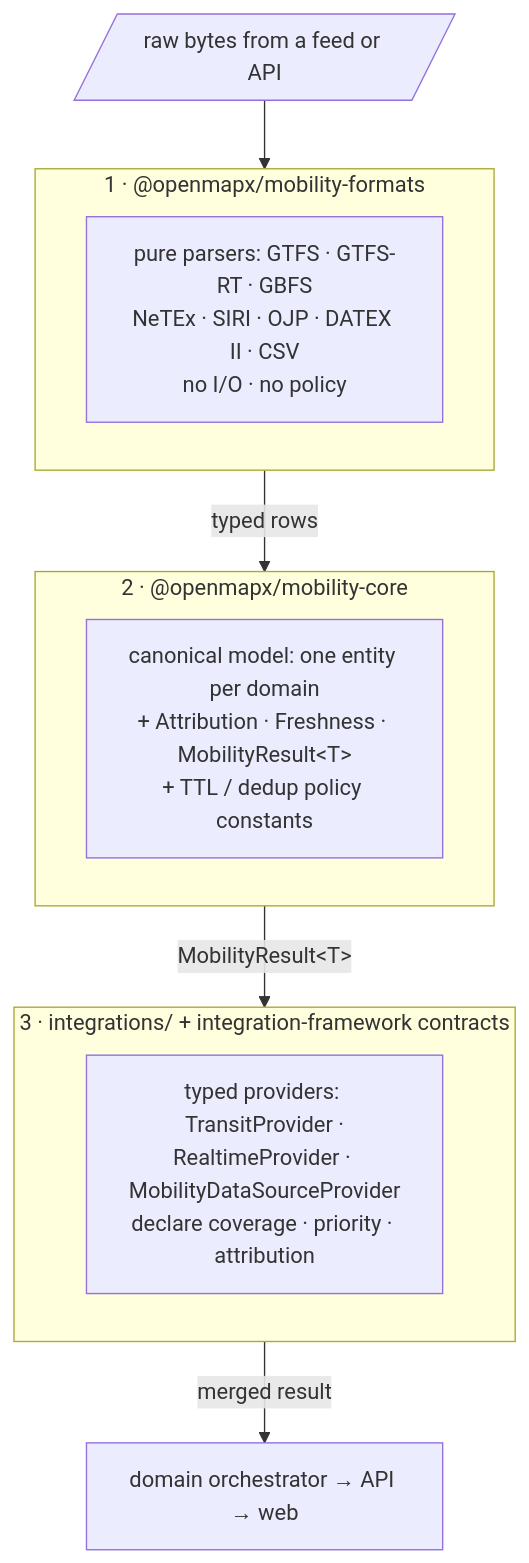
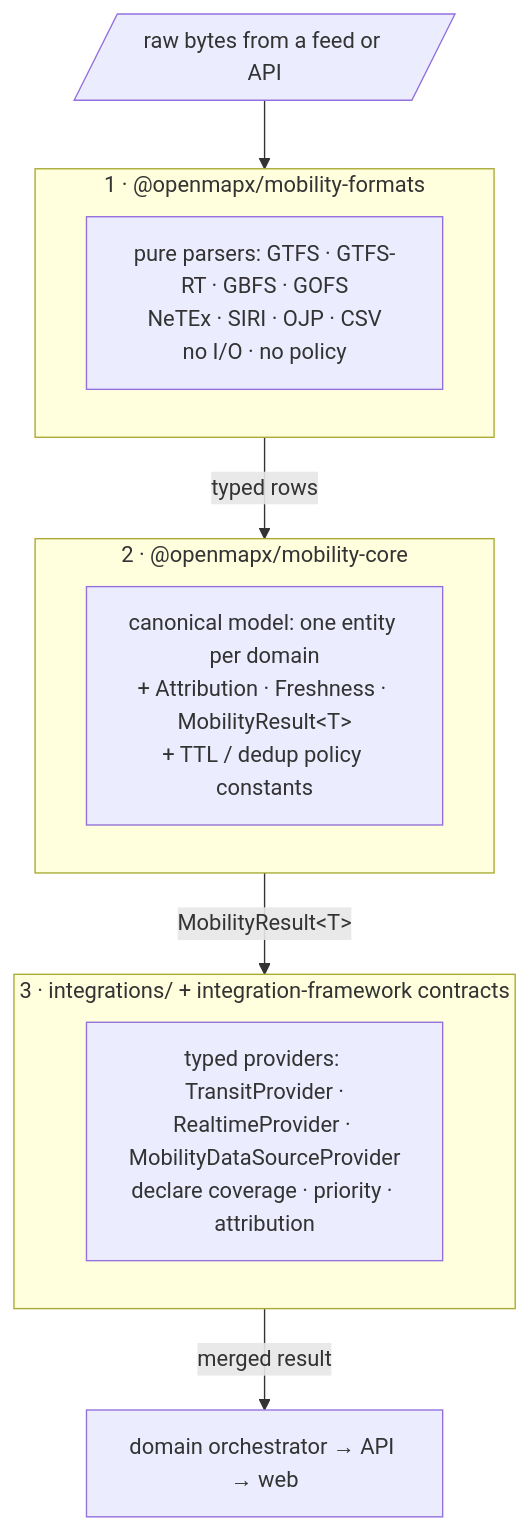
One commit to OpenMapX/openmapx changed the fourth of 4 diagrams in docs/docs/developer/architecture.md. Above: the diagram before and after it, drawn with Mermaid. The commit also changed other lines of this file and 4 other files, not shown here.

````diff
--- a/docs/docs/developer/architecture.md
+++ b/docs/docs/developer/architecture.md
@@ -347,16 +347,16 @@
 ```mermaid
 graph TD
     Bytes[/"raw bytes from a feed or API"/] --> F
     subgraph F["1 · @openmapx/mobility-formats"]
-      F1["pure parsers: GTFS · GTFS-RT · GBFS<br/>NeTEx · SIRI · OJP · DATEX II · CSV<br/>no I/O · no policy"]
+      F1["pure parsers: GTFS · GTFS-RT · GBFS · GOFS<br/>NeTEx · SIRI · OJP · CSV<br/>no I/O · no policy"]
     end
     F -->|typed rows| MC
     subgraph MC["2 · @openmapx/mobility-core"]
       MC1["canonical model: one entity per domain<br/>+ Attribution · Freshness · MobilityResult&lt;T&gt;<br/>+ TTL / dedup policy constants"]
     end
     MC -->|MobilityResult&lt;T&gt;| INT
     subgraph INT["3 · integrations/ + integration-framework contracts"]
       INT1["typed providers: TransitProvider ·<br/>RealtimeProvider · MobilityDataSourceProvider<br/>declare coverage · priority · attribution"]
     end
     INT -->|merged result| Orc["domain orchestrator → API → web"]
 ```
````
